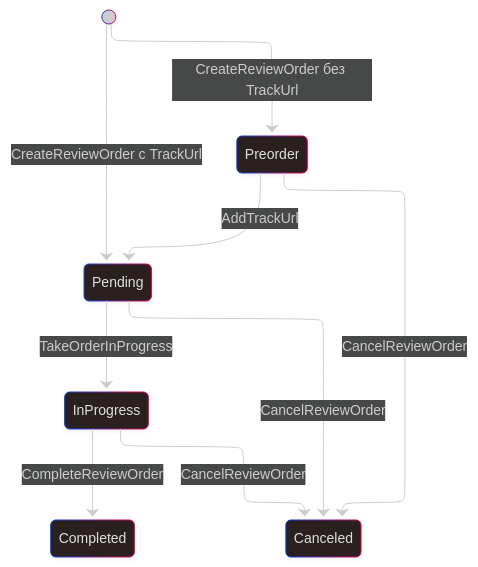
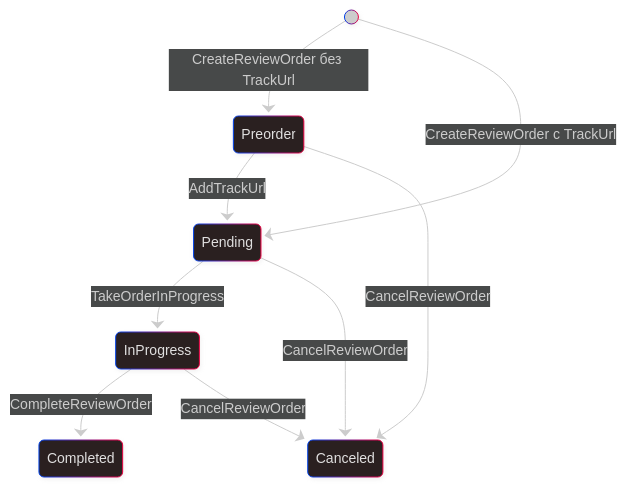
One commit to farymacomposer/webapp changed the diagram in backend/use-cases/review-order/review-order-status-graph.md. Above: the diagram before and after it, drawn with Mermaid. The commit also changed 1 other file, not shown here.

````diff
--- a/backend/use-cases/review-order/review-order-status-graph.md
+++ b/backend/use-cases/review-order/review-order-status-graph.md
@@ -10,18 +10,17 @@
 ```mermaid
 ---
 config:
-  layout: elk
   theme: neo-dark
   look: neo
 ---
 stateDiagram
   direction TB
   [*] --> Preorder:CreateReviewOrder без TrackUrl
   [*] --> Pending:CreateReviewOrder с TrackUrl
   Preorder --> Pending:AddTrackUrl
   Pending --> InProgress:TakeOrderInProgress
   InProgress --> Completed:CompleteReviewOrder
   Preorder --> Canceled:CancelReviewOrder
   Pending --> Canceled:CancelReviewOrder
   InProgress --> Canceled:CancelReviewOrder
 ```
````
